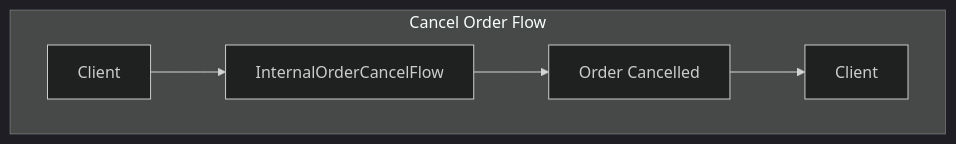
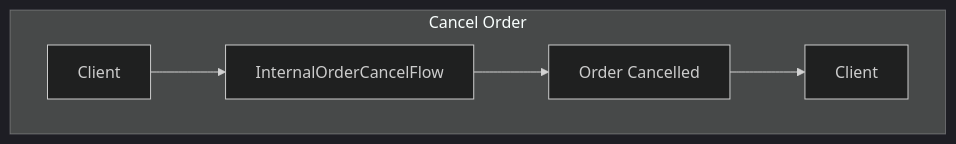
Before and after one commit to ahmedelsherif-osama/publisher-erp: the second of 8 diagrams in src/docs/orderflow.md, drawn with Mermaid (dark theme). The commit also changed other lines of this file and 1 other file, not shown here.

Commit message:
docs: simplify auth and order flow diagrams by removing "Flow" from graph titles

````diff
--- a/src/docs/orderflow.md
+++ b/src/docs/orderflow.md
@@ -15,8 +15,8 @@
      ```mermaid
    graph TD;
-    subgraph "Cancel Order Flow"
+    subgraph "Cancel Order"
         A[Client] --> B[InternalOrderCancelFlow]
         B --> C[Order Cancelled]
         C --> D[Client]
     end
     ```
````
